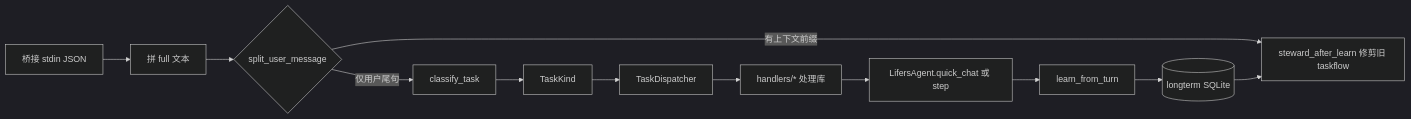
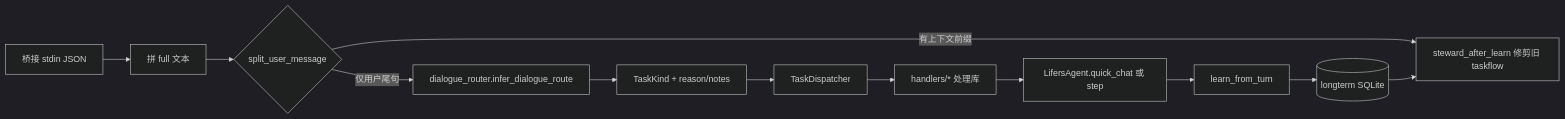
The diagram in lifers_brain/lifers_brain/taskflow/FLOW.md (usxingsha/lifers), drawn with Mermaid (dark theme) before and after one commit. The commit also changed other lines of this file and 7 other files, not shown here.

Commit message:
feat(taskflow): dialogue inference router with route meta and progress logs

````diff
--- a/lifers_brain/lifers_brain/taskflow/FLOW.md
+++ b/lifers_brain/lifers_brain/taskflow/FLOW.md
@@ -5,14 +5,14 @@
 ```mermaid
 flowchart LR
   A[桥接 stdin JSON] --> B[拼 full 文本]
   B --> C{split_user_message}
   C -->|有上下文前缀| K[TaskKind.FULL_PIPELINE]
-  C -->|仅用户尾句| D[classify_task]
-  D --> E[TaskKind]
+  C -->|仅用户尾句| D[dialogue_router.infer_dialogue_route]
+  D --> E[TaskKind + reason/notes]
   E --> F[TaskDispatcher]
   F --> G[handlers/* 处理库]
   G --> H[LifersAgent.quick_chat 或 step]
   H --> I[learn_from_turn]
   I --> J[(longterm SQLite)]
   J --> K[steward_after_learn 修剪旧 taskflow]
 ```
````
